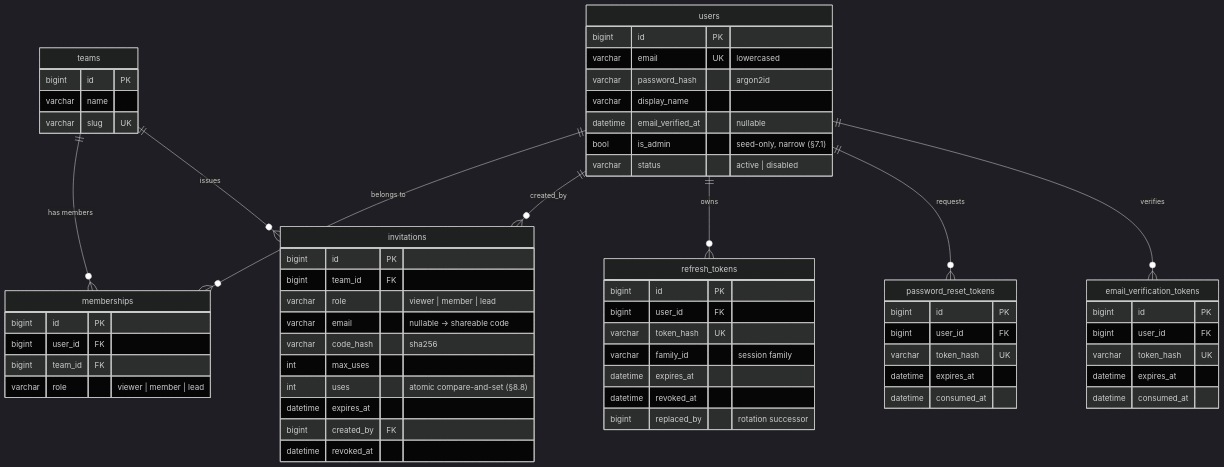
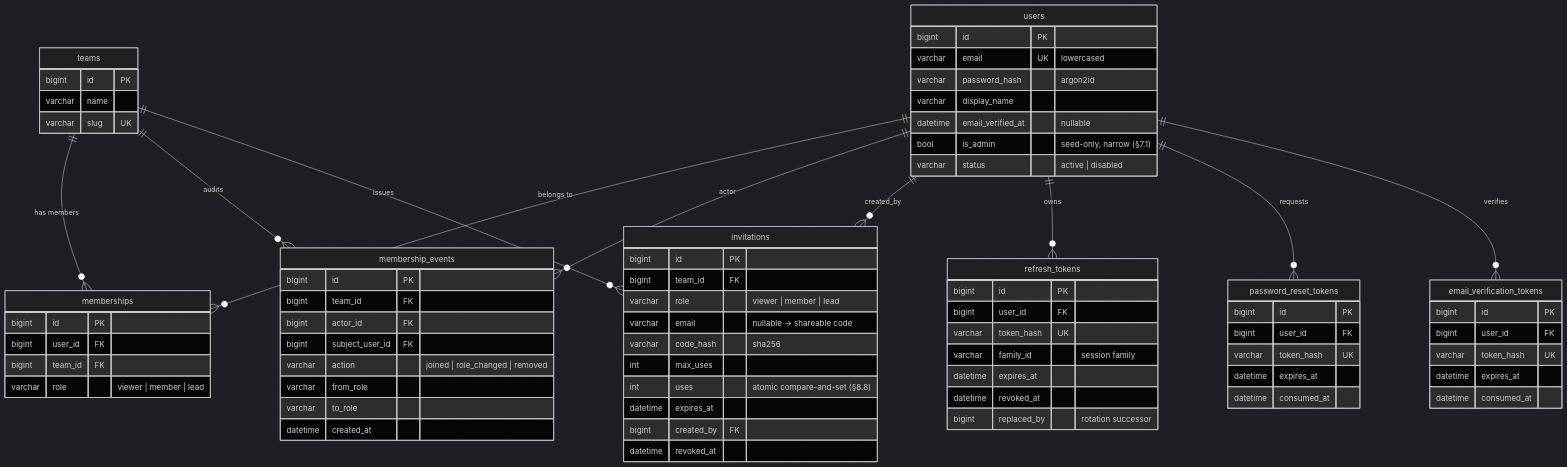
The seventh of 9 diagrams in docs/architecture.md (tabishraza302/newtoninte-ops), drawn with Mermaid (dark theme) before and after one commit. The commit also changed 1 other file, not shown here.

Commit message:
docs: assign-at-create, lead-managed roles, membership audit

````diff
--- a/docs/architecture.md
+++ b/docs/architecture.md
@@ -196,66 +196,78 @@
 ```mermaid
 erDiagram
   users ||--o{ memberships : "belongs to"
   teams ||--o{ memberships : "has members"
+  teams ||--o{ membership_events : "audits"
+  users ||--o{ membership_events : "actor"
   users ||--o{ invitations : "created_by"
   teams ||--o{ invitations : "issues"
   users ||--o{ refresh_tokens : "owns"
   users ||--o{ password_reset_tokens : "requests"
   users ||--o{ email_verification_tokens : "verifies"
 
   users {
     bigint id PK
     varchar email UK "lowercased"
     varchar password_hash "argon2id"
     varchar display_name
     datetime email_verified_at "nullable"
     bool is_admin "seed-only, narrow (§7.1)"
     varchar status "active | disabled"
   }
   teams {
     bigint id PK
     varchar name
     varchar slug UK
   }
   memberships {
     bigint id PK
     bigint user_id FK
     bigint team_id FK
     varchar role "viewer | member | lead"
+  }
+  membership_events {
+    bigint id PK
+    bigint team_id FK
+    bigint actor_id FK
+    bigint subject_user_id FK
+    varchar action "joined | role_changed | removed"
+    varchar from_role
+    varchar to_role
+    datetime created_at
   }
   invitations {
     bigint id PK
     bigint team_id FK
     varchar role "viewer | member | lead"
     varchar email "nullable → shareable code"
     varchar code_hash "sha256"
     int max_uses
     int uses "atomic compare-and-set (§8.8)"
     datetime expires_at
     bigint created_by FK
     datetime revoked_at
   }
   refresh_tokens {
     bigint id PK
     bigint user_id FK
     varchar token_hash UK
     varchar family_id "session family"
     datetime expires_at
     datetime revoked_at
     bigint replaced_by "rotation successor"
   }
   password_reset_tokens {
     bigint id PK
     bigint user_id FK
     varchar token_hash UK
     datetime expires_at
     datetime consumed_at
   }
   email_verification_tokens {
     bigint id PK
     bigint user_id FK
     varchar token_hash UK
     datetime expires_at
     datetime consumed_at
   }
 ```
````
